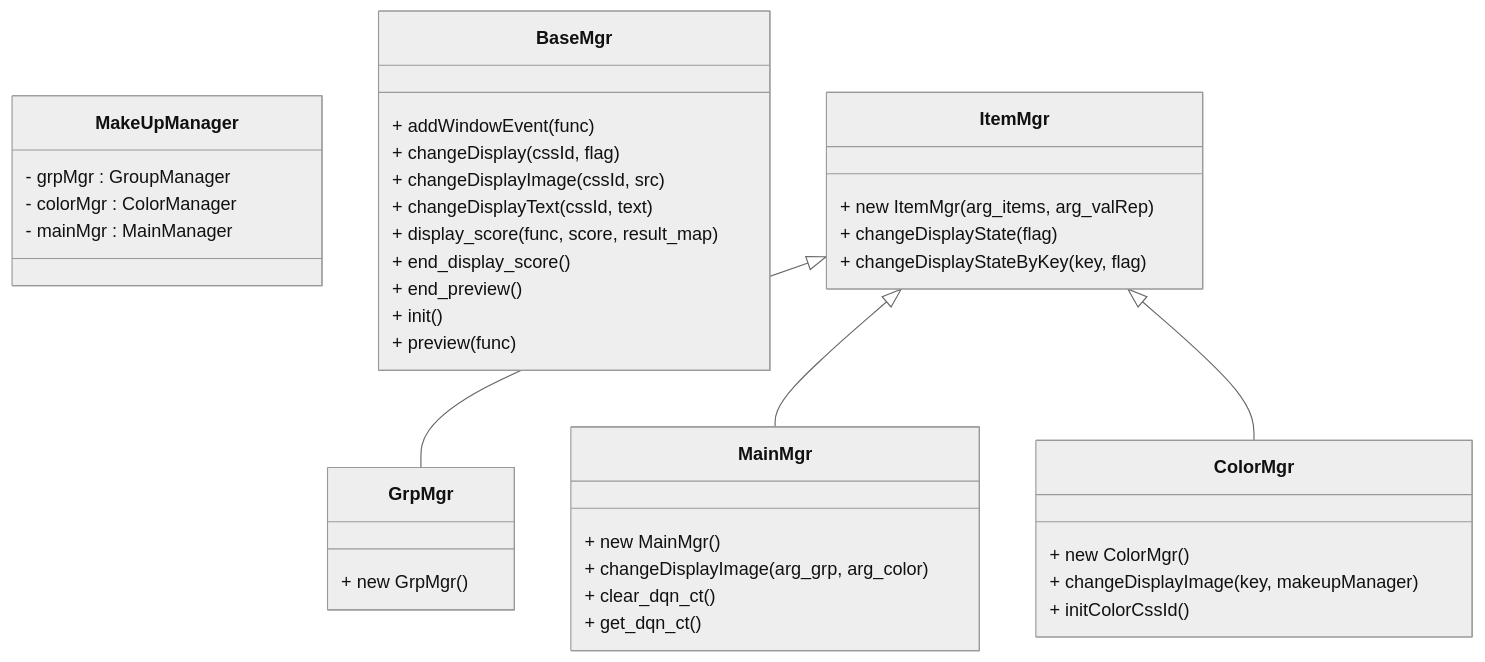
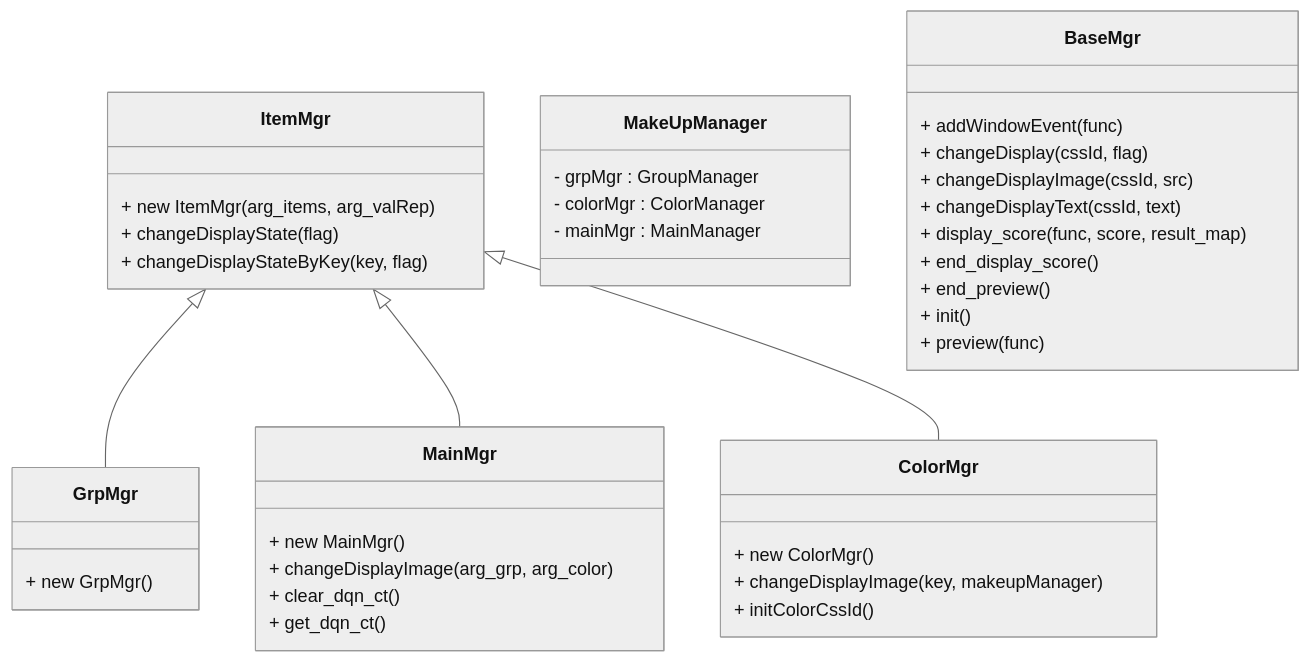
The first of 5 diagrams in classDiagram.md (data2coordi/pub_makeup), drawn with Mermaid (neutral theme) before and after one commit.

````diff
--- a/classDiagram.md
+++ b/classDiagram.md
@@ -3,51 +3,54 @@
 ```mermaid
 classDiagram
 
 
-class MakeUpManager {
-- grpMgr : GroupManager
-- colorMgr : ColorManager
-- mainMgr : MainManager
-}
-
-class BaseMgr {
-+ addWindowEvent(func)
-+ changeDisplay(cssId, flag)
-+ changeDisplayImage(cssId, src)
-+ changeDisplayText(cssId, text)
-+ display_score(func, score, result_map)
-+ end_display_score()
-+ end_preview()
-+ init()
-+ preview(func)
-}
 
 
 ItemMgr <|-- GrpMgr
 ItemMgr <|-- MainMgr
 ItemMgr <|-- ColorMgr
 
 
 class ItemMgr {
 + new ItemMgr(arg_items, arg_valRep)
 + changeDisplayState(flag)
 + changeDisplayStateByKey(key, flag)
 }
 
 class GrpMgr  {
 + new GrpMgr()
 }
 
 class MainMgr  {
 + new MainMgr()
 + changeDisplayImage(arg_grp, arg_color)
 + clear_dqn_ct()
 + get_dqn_ct()
 }
 
 class ColorMgr  {
 + new ColorMgr()
 + changeDisplayImage(key, makeupManager)
 + initColorCssId()
 }
+
+
+class MakeUpManager {
+- grpMgr : GroupManager
+- colorMgr : ColorManager
+- mainMgr : MainManager
+}
+
+class BaseMgr {
++ addWindowEvent(func)
++ changeDisplay(cssId, flag)
++ changeDisplayImage(cssId, src)
++ changeDisplayText(cssId, text)
++ display_score(func, score, result_map)
++ end_display_score()
++ end_preview()
++ init()
++ preview(func)
+}
+
 ```
````
